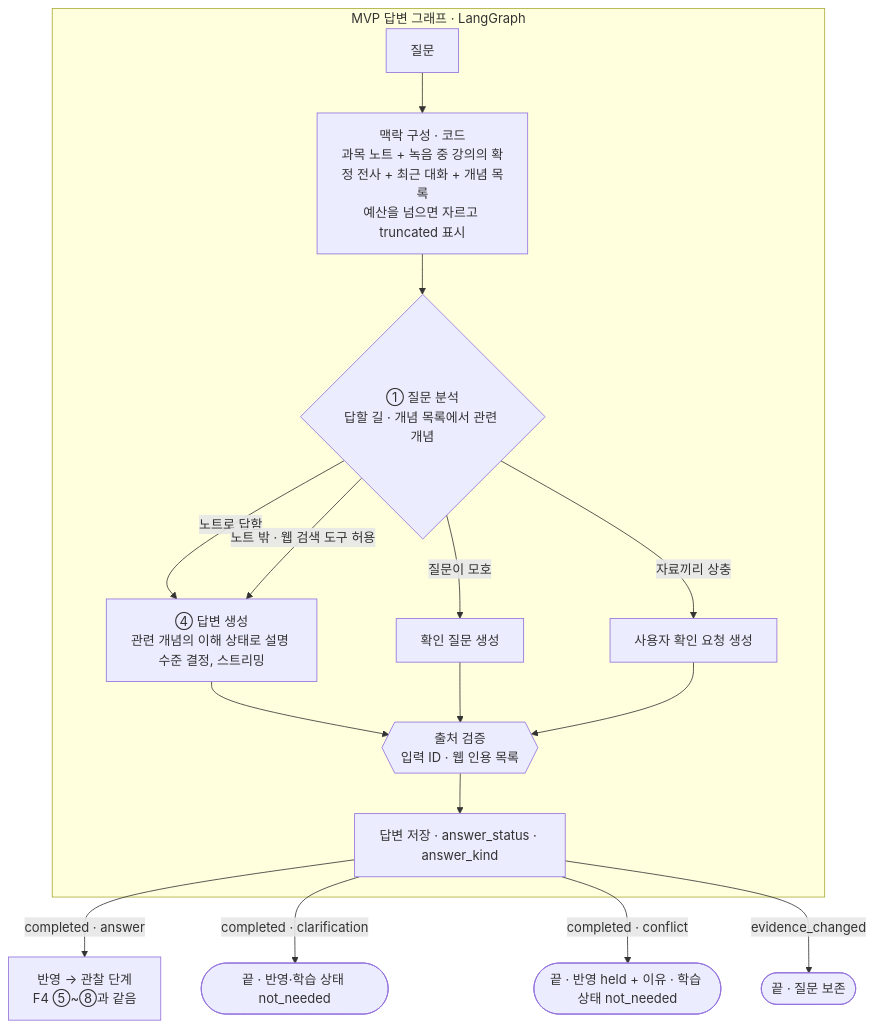
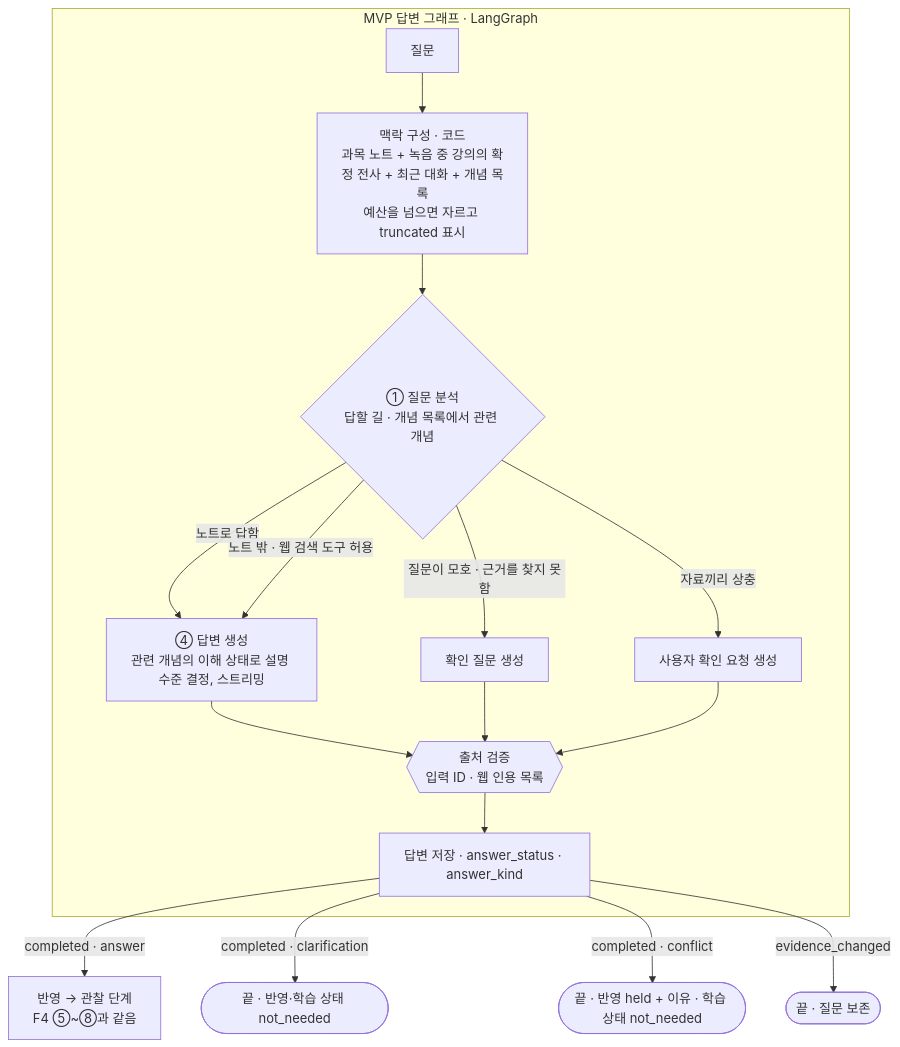
Before and after one commit to MinGyu-Kim0/notree: the second of 2 diagrams in docs/schema-mvp.md, drawn with Mermaid. The commit also changed other lines of this file and 9 other files, not shown here.

````diff
--- a/docs/schema-mvp.md
+++ b/docs/schema-mvp.md
@@ -103,17 +110,17 @@
 ```mermaid
 flowchart TB
   subgraph QA_GRAPH[MVP 답변 그래프 · LangGraph]
   Q[질문] --> CTX[맥락 구성 · 코드<br/>과목 노트 + 녹음 중 강의의 확정 전사 + 최근 대화 + 개념 목록<br/>예산을 넘으면 자르고 truncated 표시]
   CTX --> AN{① 질문 분석<br/>답할 길 · 개념 목록에서 관련 개념}
   AN -- 노트로 답함 --> ANS[④ 답변 생성<br/>관련 개념의 이해 상태로 설명 수준 결정, 스트리밍]
   AN -- 노트 밖 · 웹 검색 도구 허용 --> ANS
-  AN -- 질문이 모호 --> CLR[확인 질문 생성]
+  AN -- 질문이 모호 · 근거를 찾지 못함 --> CLR[확인 질문 생성]
   AN -- 자료끼리 상충 --> CON[사용자 확인 요청 생성]
   ANS & CLR & CON --> VAL{{출처 검증<br/>입력 ID · 웹 인용 목록}}
   VAL --> SAVE[답변 저장 · answer_status · answer_kind]
   end
   SAVE -- completed · answer --> AFTER[반영 → 관찰 단계<br/>F4 ⑤~⑧과 같음]
   SAVE -- completed · clarification --> END2([끝 · 반영·학습 상태 not_needed])
   SAVE -- completed · conflict --> END3([끝 · 반영 held + 이유 · 학습 상태 not_needed])
   SAVE -- evidence_changed --> END1([끝 · 질문 보존])
 ```
````
